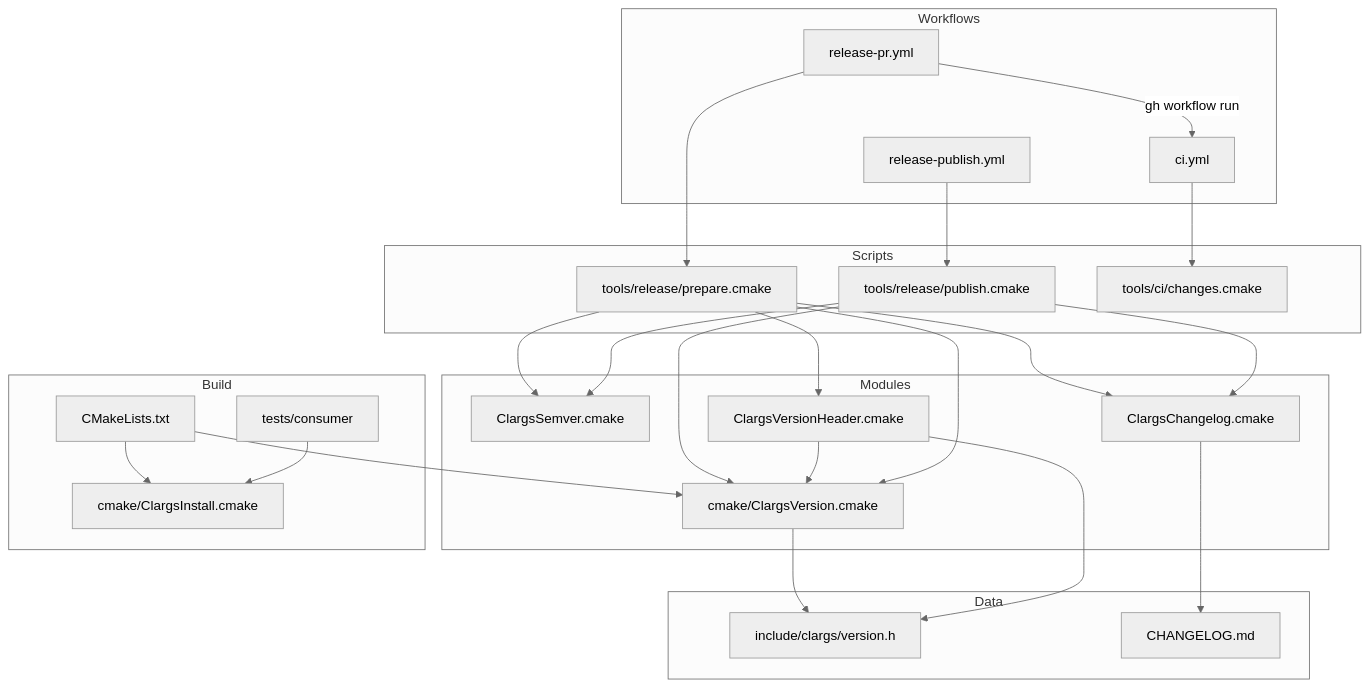
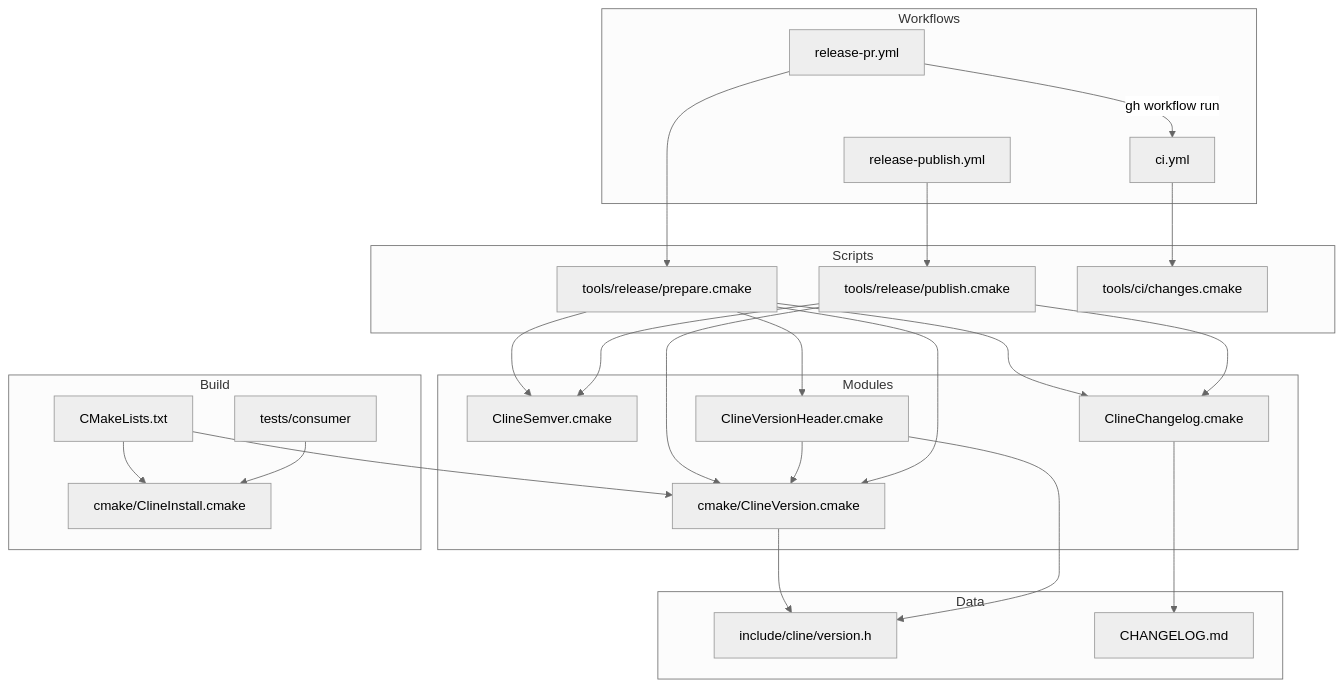
One commit to ktdevx/cargs changed the first of 4 diagrams in .kiro/specs/release-automation/design.md. Above: the diagram before and after it, drawn with Mermaid (neutral theme). The commit also changed other lines of this file and 177 other files, not shown here.

First line of the commit message:
Rename project from CLArgs to CLine

````diff
--- a/.kiro/specs/release-automation/design.md
+++ b/.kiro/specs/release-automation/design.md
@@ -68,46 +68,46 @@
 ```mermaid
 graph TB
     subgraph Workflows
         ReleasePR[release-pr.yml]
         Publish[release-publish.yml]
         CI[ci.yml]
     end
     subgraph Scripts
         Prepare[tools/release/prepare.cmake]
         PublishScript[tools/release/publish.cmake]
         Changes[tools/ci/changes.cmake]
     end
     subgraph Modules
-        Semver[ClargsSemver.cmake]
-        Changelog[ClargsChangelog.cmake]
-        HeaderWriter[ClargsVersionHeader.cmake]
-        VersionRead[cmake/ClargsVersion.cmake]
+        Semver[ClineSemver.cmake]
+        Changelog[ClineChangelog.cmake]
+        HeaderWriter[ClineVersionHeader.cmake]
+        VersionRead[cmake/ClineVersion.cmake]
     end
     subgraph Data
-        Header[include/clargs/version.h]
+        Header[include/cline/version.h]
         ChangelogFile[CHANGELOG.md]
     end
     subgraph Build
         TopCMake[CMakeLists.txt]
-        Install[cmake/ClargsInstall.cmake]
+        Install[cmake/ClineInstall.cmake]
         Consumer[tests/consumer]
     end
     ReleasePR --> Prepare
     ReleasePR -->|gh workflow run| CI
     Publish --> PublishScript
     CI --> Changes
     Prepare --> Semver
     Prepare --> Changelog
     Prepare --> HeaderWriter
     PublishScript --> Semver
     PublishScript --> Changelog
     PublishScript --> VersionRead
     HeaderWriter --> VersionRead
     Prepare --> VersionRead
     VersionRead --> Header
     HeaderWriter --> Header
     Changelog --> ChangelogFile
     TopCMake --> VersionRead
     TopCMake --> Install
     Consumer --> Install
 ```
````
